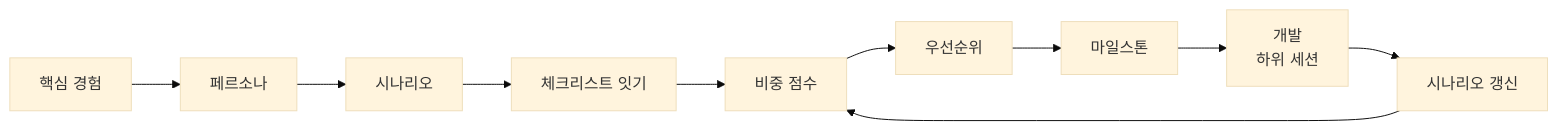
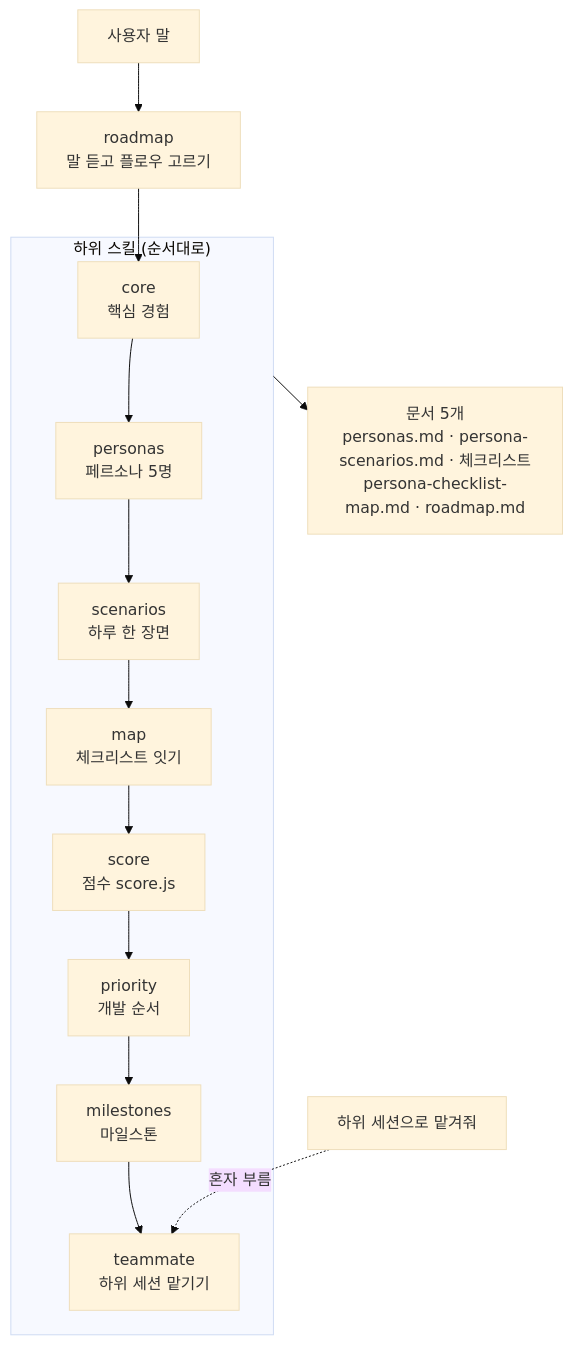
The first of 3 diagrams in README.md (ff-1204/claude-haejo), drawn with Mermaid (base theme) before and after one commit. The commit also changed other lines of this file, not shown here.

````diff
--- a/README.md
+++ b/README.md
@@ -45,7 +45,16 @@
 ```mermaid
-flowchart LR
-  core["핵심 경험"] --> personas["페르소나"] --> scenarios["시나리오"] --> map["체크리스트 잇기"]
-  map --> score["비중 점수"] --> priority["우선순위"] --> milestones["마일스톤"]
-  milestones --> teammate["개발<br/>하위 세션"] --> update["시나리오 갱신"]
-  update --> score
+flowchart TD
+  user["사용자 말"] --> roadmap["roadmap<br/>말 듣고 플로우 고르기"]
+  subgraph sub["하위 스킬 (순서대로)"]
+    core["core<br/>핵심 경험"] --> personas["personas<br/>페르소나 5명"]
+    personas --> scenarios["scenarios<br/>하루 한 장면"]
+    scenarios --> map["map<br/>체크리스트 잇기"]
+    map --> score["score<br/>점수 score.js"]
+    score --> priority["priority<br/>개발 순서"]
+    priority --> milestones["milestones<br/>마일스톤"]
+    milestones --> teammate["teammate<br/>하위 세션 맡기기"]
+  end
+  roadmap --> core
+  alone["하위 세션으로 맡겨줘"] -.->|"혼자 부름"| teammate
+  sub --> docs["문서 5개<br/>personas.md · persona-scenarios.md · 체크리스트<br/>persona-checklist-map.md · roadmap.md"]
 ```
````
